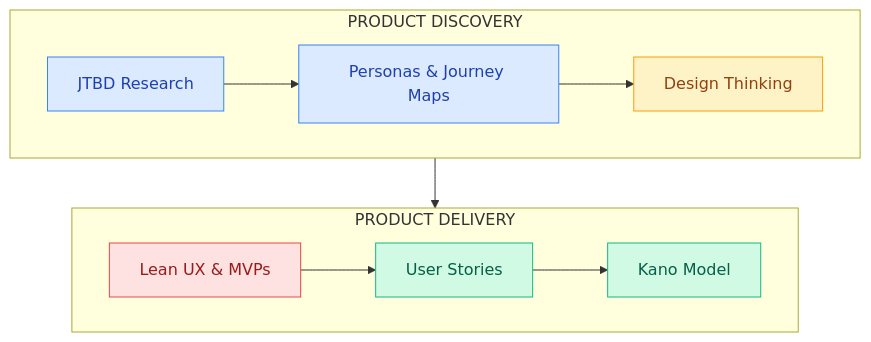
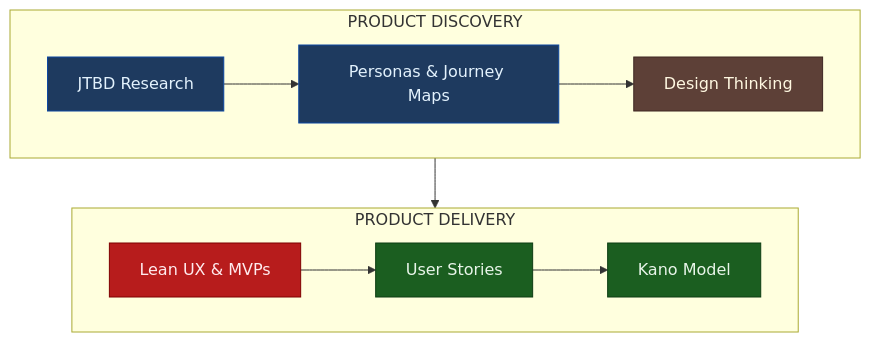
One commit to smileynet/ui-optimizer changed the diagram in docs/product-design/README.md. Above: the diagram before and after it, drawn with Mermaid. The commit also changed 13 other files, not shown here.

````diff
--- a/docs/product-design/README.md
+++ b/docs/product-design/README.md
@@ -32,25 +32,25 @@
 ```mermaid
 flowchart TB
-    classDef research fill:#DBEAFE,stroke:#3B82F6,color:#1E40AF
-    classDef design fill:#FEF3C7,stroke:#F59E0B,color:#92400E
-    classDef validate fill:#FEE2E2,stroke:#EF4444,color:#991B1B
-    classDef complete fill:#D1FAE5,stroke:#10B981,color:#065F46
+    classDef research fill:#1E3A5F,stroke:#0D47A1,color:#E3F2FD
+    classDef design fill:#5D4037,stroke:#3E2723,color:#FFF8E1
+    classDef validate fill:#B71C1C,stroke:#7F0000,color:#FFEBEE
+    classDef complete fill:#1B5E20,stroke:#0D3D13,color:#E8F5E9
     
     subgraph Discovery["PRODUCT DISCOVERY"]
         direction LR
         JTBD[JTBD Research]:::research
         Personas[Personas & Journey Maps]:::research
         DT[Design Thinking]:::design
-        JTBD --> Personas --> DT
     end
     
     subgraph Delivery["PRODUCT DELIVERY"]
         direction LR
         Lean[Lean UX & MVPs]:::validate
         Stories[User Stories]:::complete
         Kano[Kano Model]:::complete
-        Lean --> Stories --> Kano
     end
     
+    JTBD --> Personas --> DT
+    Lean --> Stories --> Kano
     DT --> Lean
 ```
````
